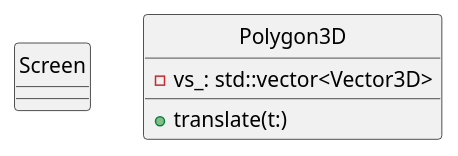
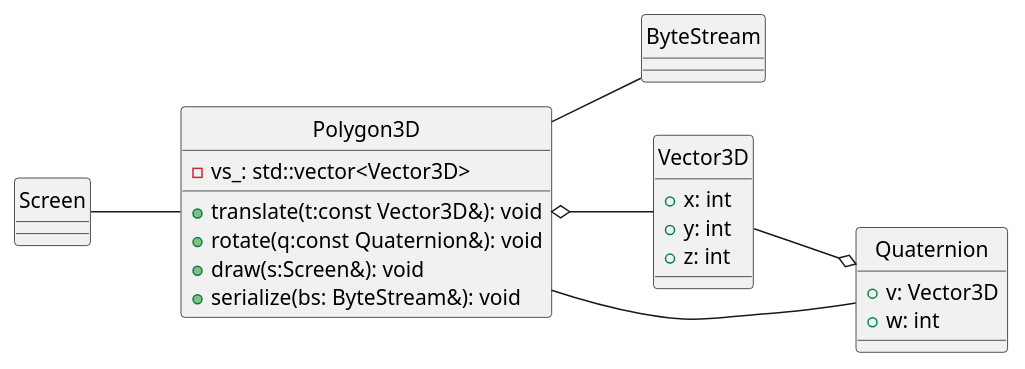
One commit to MornaMeoi/notes changed the sixth of 6 diagrams in Areas/CPP/Лекции/Lecture 9. Принципы ООП.md. Above: the diagram before and after it, drawn with PlantUML. The commit also changed other lines of this file, not shown here.

````diff
--- a/Areas/CPP/Лекции/Lecture 9. Принципы ООП.md
+++ b/Areas/CPP/Лекции/Lecture 9. Принципы ООП.md
@@ -166,10 +166,30 @@
 ```plantuml
 @startuml
 hide circle
+left to right direction
 class Screen
 class Polygon3D {
 	-vs_: std::vector<Vector3D>
-	+translate(t:)
+	+translate(t:const Vector3D&): void
+	+rotate(q:const Quaternion&): void
+	+draw(s:Screen&): void
+	+serialize(bs: ByteStream&): void
 }
+class ByteStream
+class Vector3D {
+	+x: int
+	+y: int
+	+z: int
+}
+class Quaternion {
+	+v: Vector3D
+	+w: int
+}
+
+Screen -- Polygon3D
+Polygon3D -- ByteStream
+Polygon3D o-- Vector3D
+Polygon3D --- Quaternion
+Vector3D --o Quaternion
 @enduml
 ```
````
